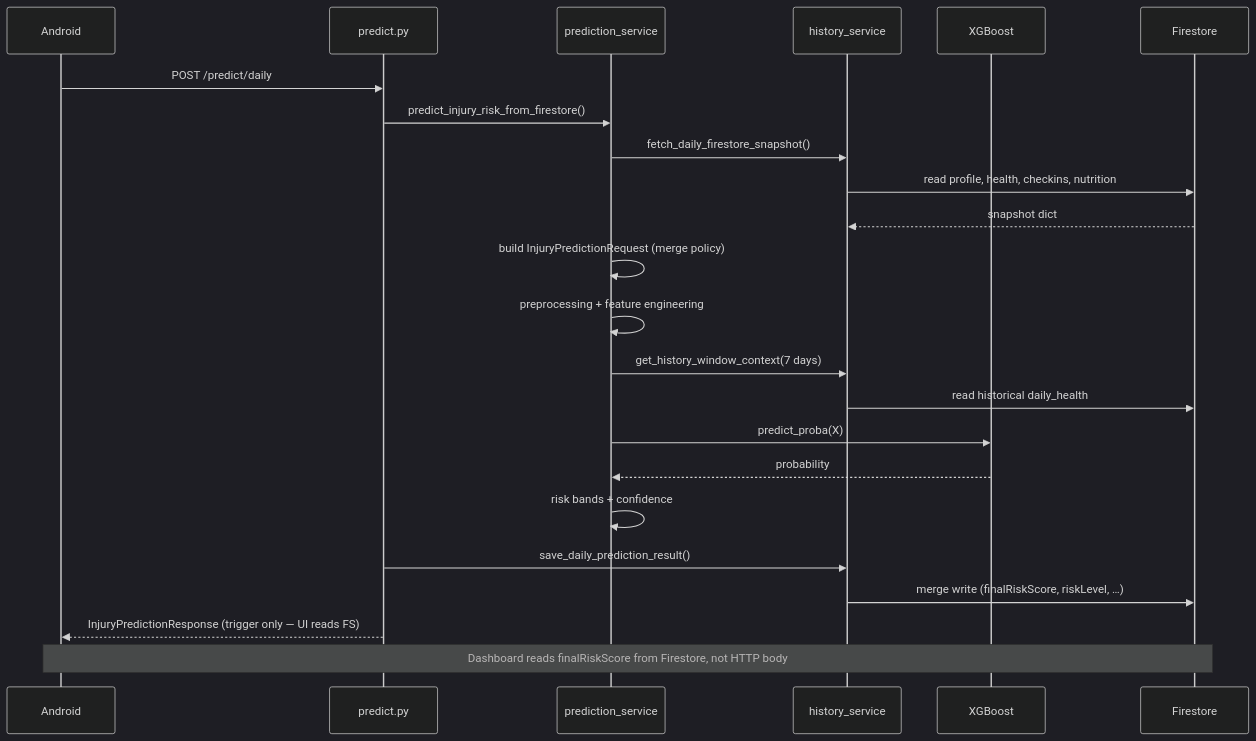
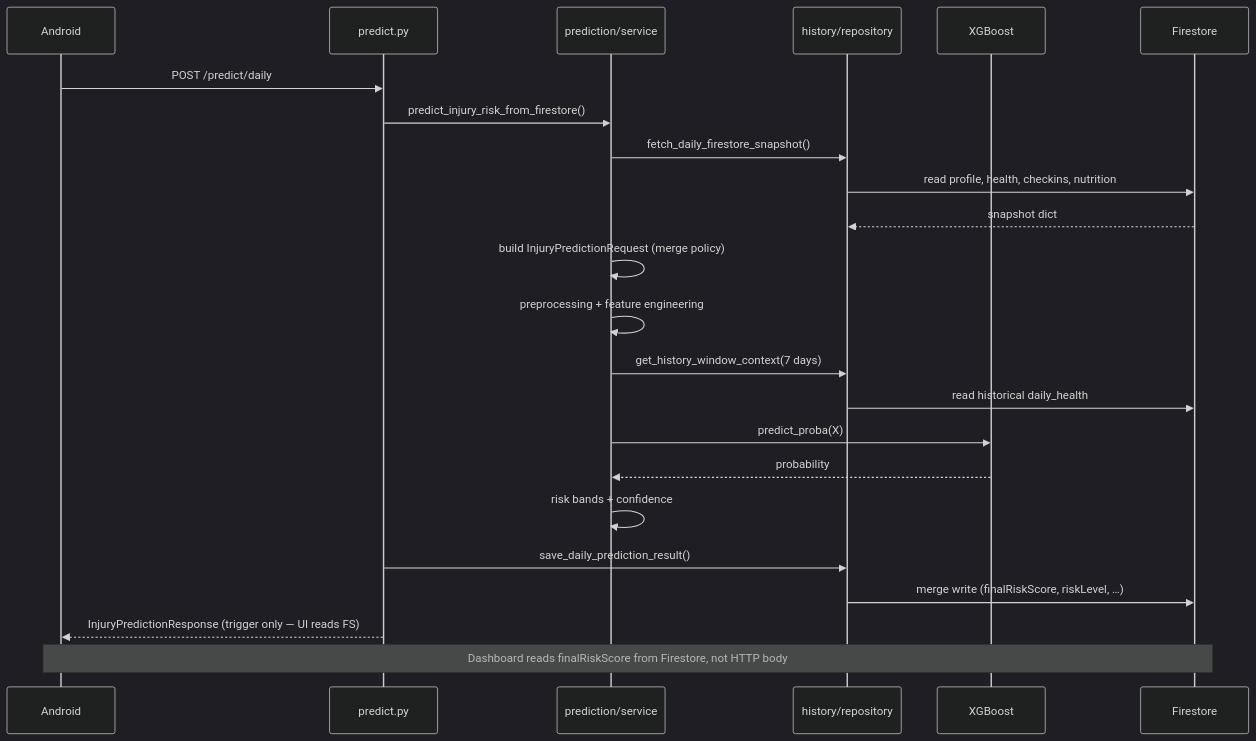
The third of 6 diagrams in backend/docs/HLD.md (yahav97/final_project_AthleAgent), drawn with Mermaid (dark theme) before and after one commit. The commit also changed other lines of this file and 25 other files, not shown here.

First line of the commit message:
Refactor service structure and enhance data handling in prediction logic

````diff
--- a/backend/docs/HLD.md
+++ b/backend/docs/HLD.md
@@ -150,26 +150,26 @@
 ```mermaid
 sequenceDiagram
     participant Client as Android
     participant API as predict.py
-    participant PS as prediction_service
-    participant HS as history_service
+    participant PS as prediction/service
+    participant HS as history/repository
     participant ML as XGBoost
     participant FS as Firestore
 
     Client->>API: POST /predict/daily
     API->>PS: predict_injury_risk_from_firestore()
     PS->>HS: fetch_daily_firestore_snapshot()
     HS->>FS: read profile, health, checkins, nutrition
     FS-->>HS: snapshot dict
     PS->>PS: build InjuryPredictionRequest (merge policy)
     PS->>PS: preprocessing + feature engineering
     PS->>HS: get_history_window_context(7 days)
     HS->>FS: read historical daily_health
     PS->>ML: predict_proba(X)
     ML-->>PS: probability
     PS->>PS: risk bands + confidence
     API->>HS: save_daily_prediction_result()
     HS->>FS: merge write (finalRiskScore, riskLevel, …)
     API-->>Client: InjuryPredictionResponse (trigger only — UI reads FS)
     Note over Client,FS: Dashboard reads finalRiskScore from Firestore, not HTTP body
 ```
````
